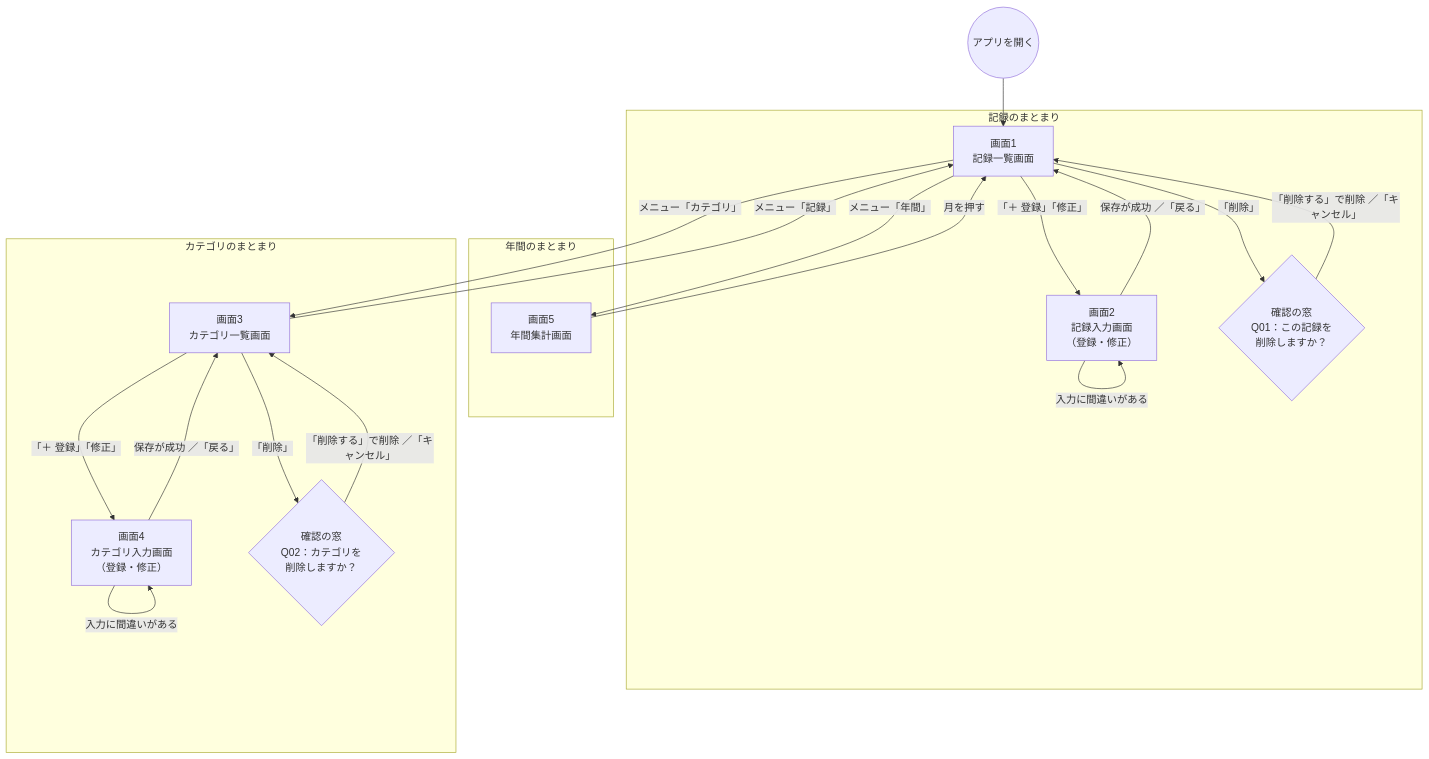
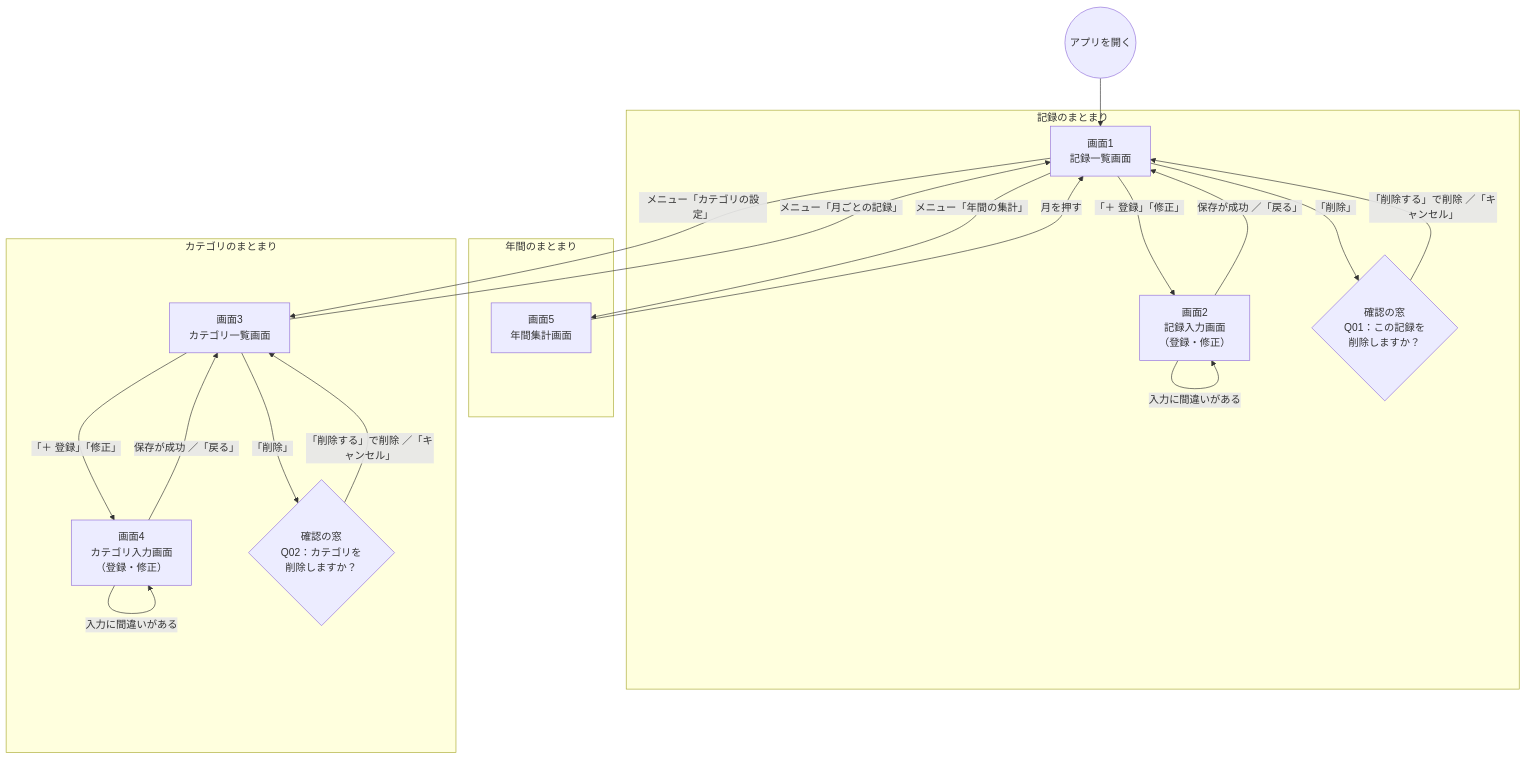
One commit to junji-sakamoto/kakeibo-app changed the diagram in docs/02_設計/02_画面遷移図.md. Above: the diagram before and after it, drawn with Mermaid. The commit also changed other lines of this file and 16 other files, not shown here.

First line of the commit message:
画面の上のメニューの名前を「月ごとの記録」「年間の集計」「カテゴリの設定」に変える (#17)

````diff
--- a/docs/02_設計/02_画面遷移図.md
+++ b/docs/02_設計/02_画面遷移図.md
@@ -19,40 +19,40 @@
 ```mermaid
 flowchart TB
     start(("アプリを開く"))
 
     subgraph rec["記録のまとまり"]
         S1["画面1<br>記録一覧画面"]
         S2["画面2<br>記録入力画面<br>（登録・修正）"]
         Q01{"確認の窓<br>Q01：この記録を<br>削除しますか？"}
     end
 
     subgraph year["年間のまとまり"]
         S5["画面5<br>年間集計画面"]
     end
 
     subgraph cat["カテゴリのまとまり"]
         S3["画面3<br>カテゴリ一覧画面"]
         S4["画面4<br>カテゴリ入力画面<br>（登録・修正）"]
         Q02{"確認の窓<br>Q02：カテゴリを<br>削除しますか？"}
     end
 
     start --> S1
 
     S1 -- "「＋ 登録」「修正」" --> S2
     S2 -- "保存が成功 ／「戻る」" --> S1
     S2 -- "入力に間違いがある" --> S2
     S1 -- "「削除」" --> Q01
     Q01 -- "「削除する」で削除 ／「キャンセル」" --> S1
 
     S3 -- "「＋ 登録」「修正」" --> S4
     S4 -- "保存が成功 ／「戻る」" --> S3
     S4 -- "入力に間違いがある" --> S4
     S3 -- "「削除」" --> Q02
     Q02 -- "「削除する」で削除 ／「キャンセル」" --> S3
 
-    S1 -- "メニュー「カテゴリ」" --> S3
-    S3 -- "メニュー「記録」" --> S1
+    S1 -- "メニュー「カテゴリの設定」" --> S3
+    S3 -- "メニュー「月ごとの記録」" --> S1
 
-    S1 -- "メニュー「年間」" --> S5
+    S1 -- "メニュー「年間の集計」" --> S5
     S5 -- "月を押す" --> S1
 ```
````
